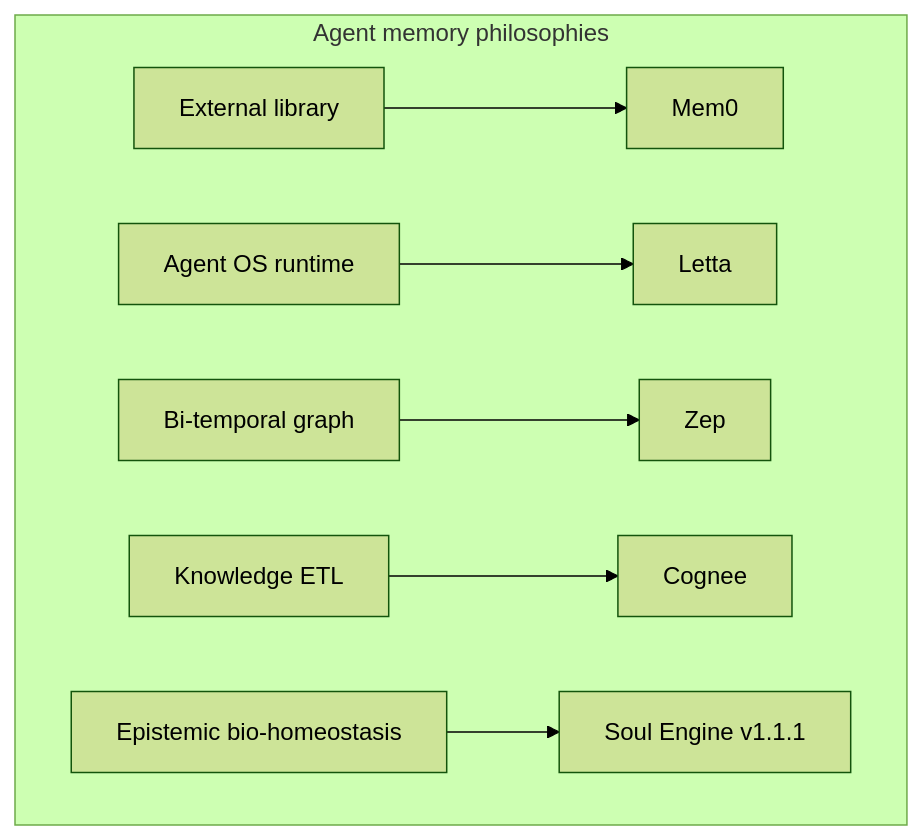
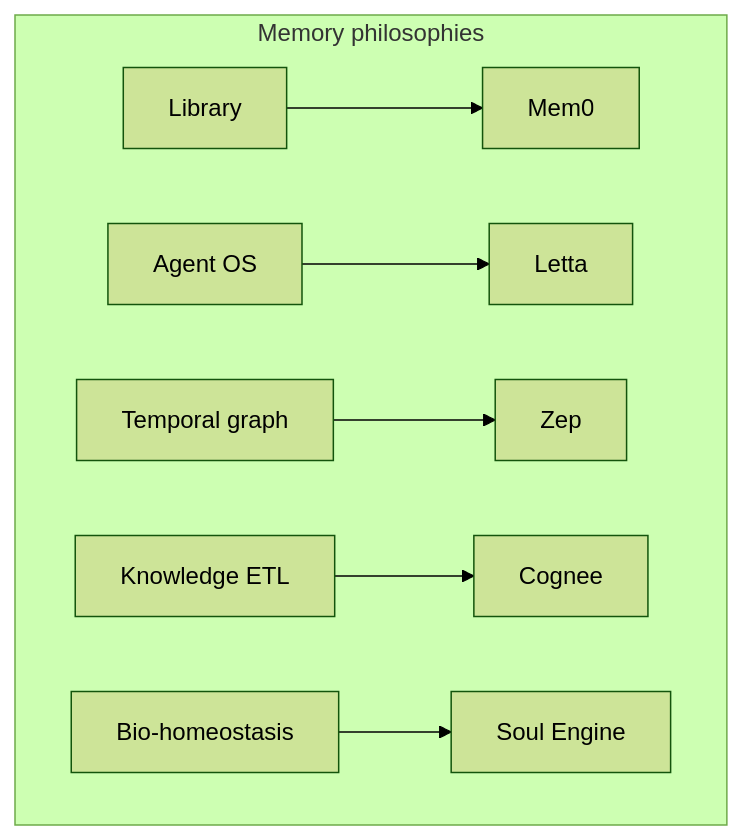
One commit to Azhonaras/soul-engine changed the diagram in docs/SOTA_COMPARISON.md. Above: the diagram before and after it, drawn with Mermaid (forest theme). The commit also changed 4 other files, not shown here.

First line of the commit message:
docs: stop Mermaid labels from overlapping on GitHub.

````diff
--- a/docs/SOTA_COMPARISON.md
+++ b/docs/SOTA_COMPARISON.md
@@ -11,10 +11,10 @@
 ```mermaid
 flowchart TD
-    subgraph philosophies["Agent memory philosophies"]
-        lib["External library"] --> mem0["Mem0"]
-        runtime["Agent OS runtime"] --> letta["Letta"]
-        graphEngine["Bi-temporal graph"] --> zep["Zep"]
+    subgraph philosophies["Memory philosophies"]
+        lib["Library"] --> mem0["Mem0"]
+        runtime["Agent OS"] --> letta["Letta"]
+        graphEngine["Temporal graph"] --> zep["Zep"]
         etl["Knowledge ETL"] --> cognee["Cognee"]
-        epistemic["Epistemic bio-homeostasis"] --> soul["Soul Engine v1.1.1"]
+        epistemic["Bio-homeostasis"] --> soul["Soul Engine"]
     end
 ```
````
